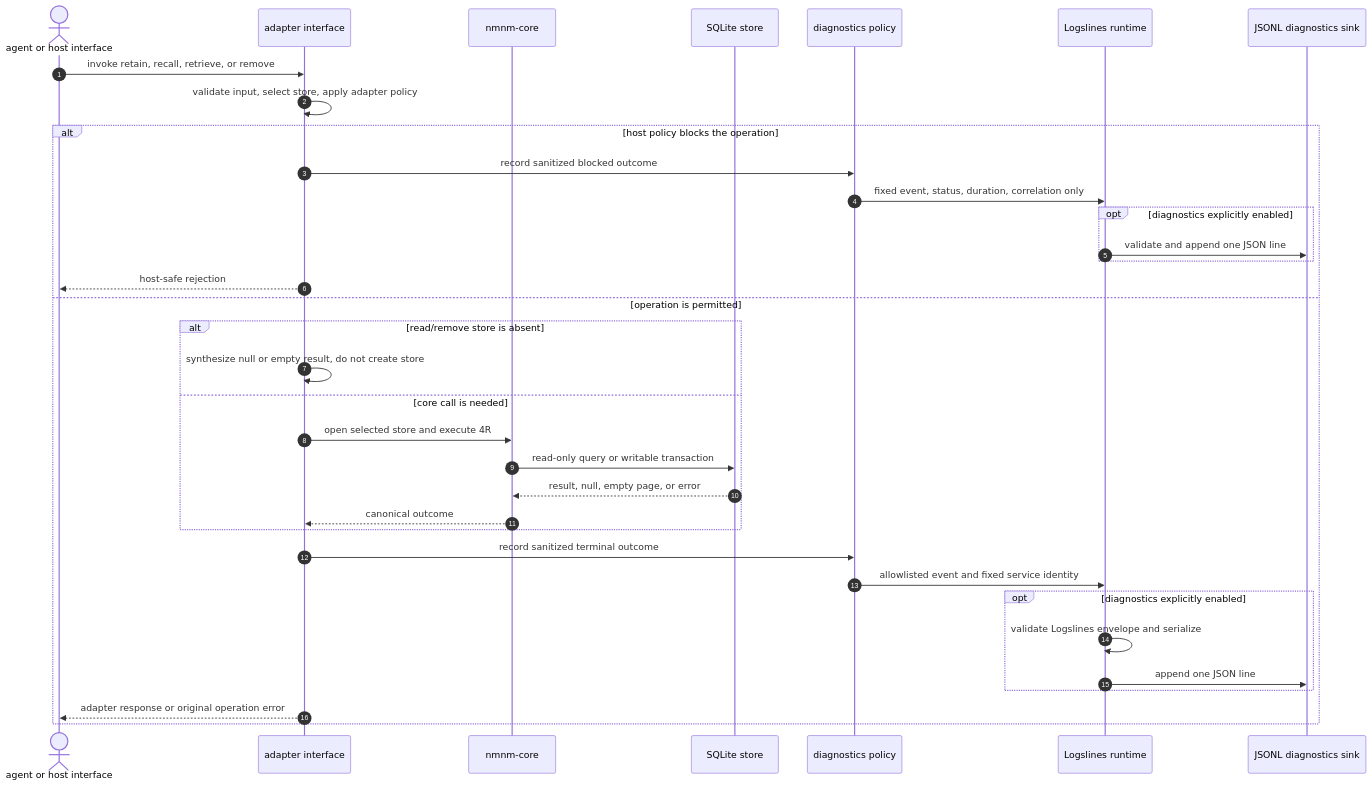
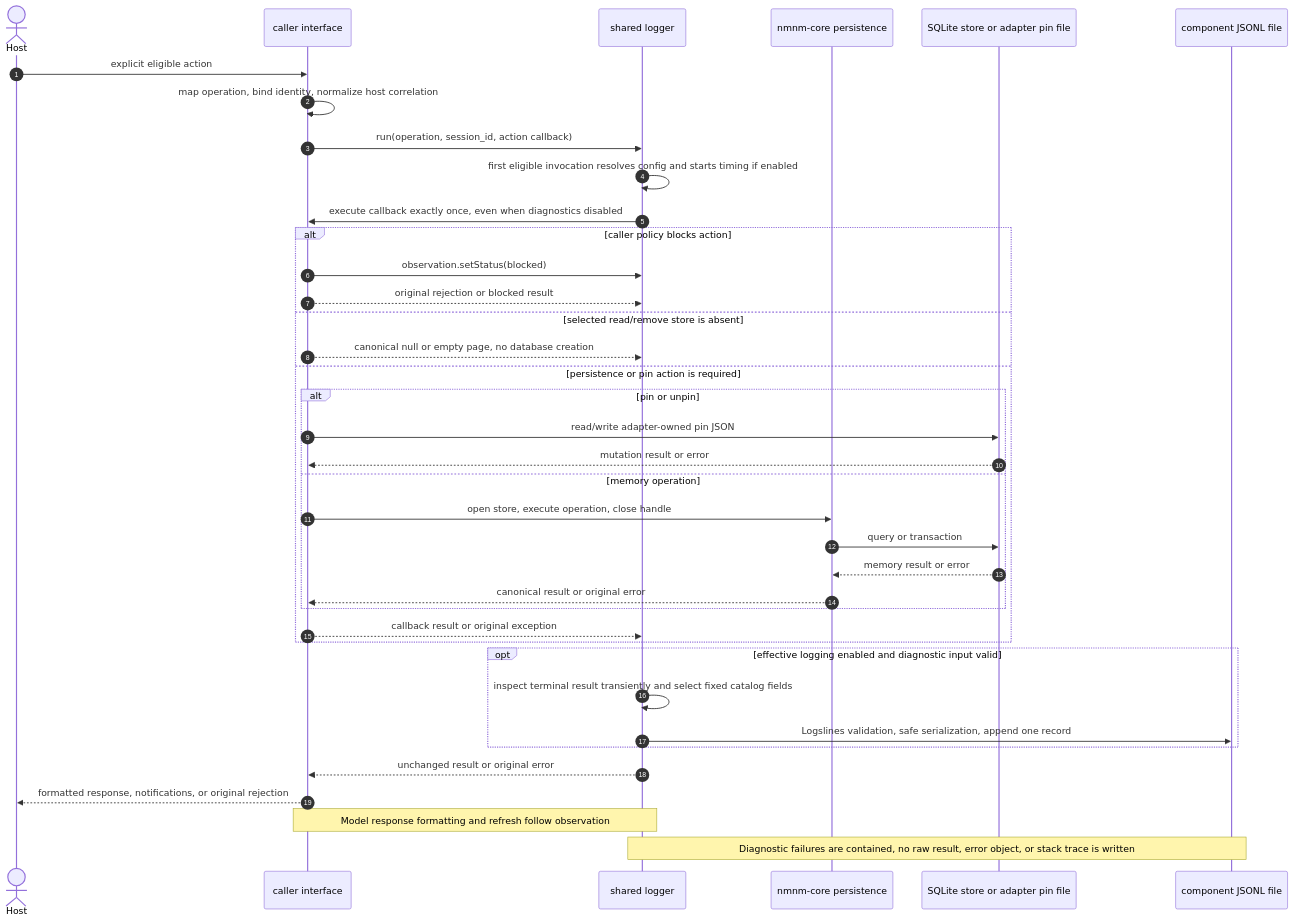
One commit to linellazatin/nanomneme changed the second of 6 diagrams in docs/SEQUENCE_MEMORY_HANDLING.md. Above: the diagram before and after it, drawn with Mermaid. The commit also changed other lines of this file and 14 other files, not shown here.

````diff
--- a/docs/SEQUENCE_MEMORY_HANDLING.md
+++ b/docs/SEQUENCE_MEMORY_HANDLING.md
@@ -79,39 +72,41 @@
 ```mermaid
 sequenceDiagram
   autonumber
-  actor Host as agent or host interface
-  participant Adapter as adapter interface
-  participant Core as nmnm-core
-  participant DB as SQLite store
-  participant Policy as diagnostics policy
-  participant Runtime as Logslines runtime
-  participant Log as JSONL diagnostics sink
+  actor Host
+  participant Adapter as caller interface
+  participant Logger as shared logger
+  participant Core as nmnm-core persistence
+  participant State as SQLite store or adapter pin file
+  participant Log as component JSONL file
 
-  Host->>Adapter: invoke retain, recall, retrieve, or remove
-  Adapter->>Adapter: validate input, select store, apply adapter policy
-
-  alt host policy blocks the operation
-    Adapter->>Policy: record sanitized blocked outcome
-    Policy->>Runtime: fixed event, status, duration, correlation only
-    opt diagnostics explicitly enabled
-      Runtime->>Log: validate and append one JSON line
+  Host->>Adapter: explicit eligible action
+  Adapter->>Adapter: map operation, bind identity, normalize host correlation
+  Adapter->>Logger: run(operation, session_id, action callback)
+  Logger->>Logger: first eligible invocation resolves config and starts timing if enabled
+  Logger->>Adapter: execute callback exactly once, even when diagnostics disabled
+  alt caller policy blocks action
+    Adapter->>Logger: observation.setStatus(blocked)
+    Adapter-->>Logger: original rejection or blocked result
+  else selected read/remove store is absent
+    Adapter-->>Logger: canonical null or empty page, no database creation
+  else persistence or pin action is required
+    alt pin or unpin
+      Adapter->>State: read/write adapter-owned pin JSON
+      State-->>Adapter: mutation result or error
+    else memory operation
+      Adapter->>Core: open store, execute operation, close handle
+      Core->>State: query or transaction
+      State-->>Core: memory result or error
+      Core-->>Adapter: canonical result or original error
     end
-    Adapter-->>Host: host-safe rejection
-  else operation is permitted
-    alt read/remove store is absent
-      Adapter->>Adapter: synthesize null or empty result, do not create store
-    else core call is needed
-      Adapter->>Core: open selected store and execute 4R
-      Core->>DB: read-only query or writable transaction
-      DB-->>Core: result, null, empty page, or error
-      Core-->>Adapter: canonical outcome
-    end
-    Adapter->>Policy: record sanitized terminal outcome
-    Policy->>Runtime: allowlisted event and fixed service identity
-    opt diagnostics explicitly enabled
-      Runtime->>Runtime: validate Logslines envelope and serialize
-      Runtime->>Log: append one JSON line
-    end
-    Adapter-->>Host: adapter response or original operation error
+    Adapter-->>Logger: callback result or original exception
   end
+  opt effective logging enabled and diagnostic input valid
+    Logger->>Logger: inspect terminal result transiently and select fixed catalog fields
+    Logger->>Log: Logslines validation, safe serialization, append one record
+  end
+  Logger-->>Adapter: unchanged result or original error
+  Adapter-->>Host: formatted response, notifications, or original rejection
+  Note over Adapter,Logger: Model response formatting and refresh follow observation
+  Note over Logger,Log: Diagnostic failures are contained, no raw result, error object, or stack trace is written
 ```
````
